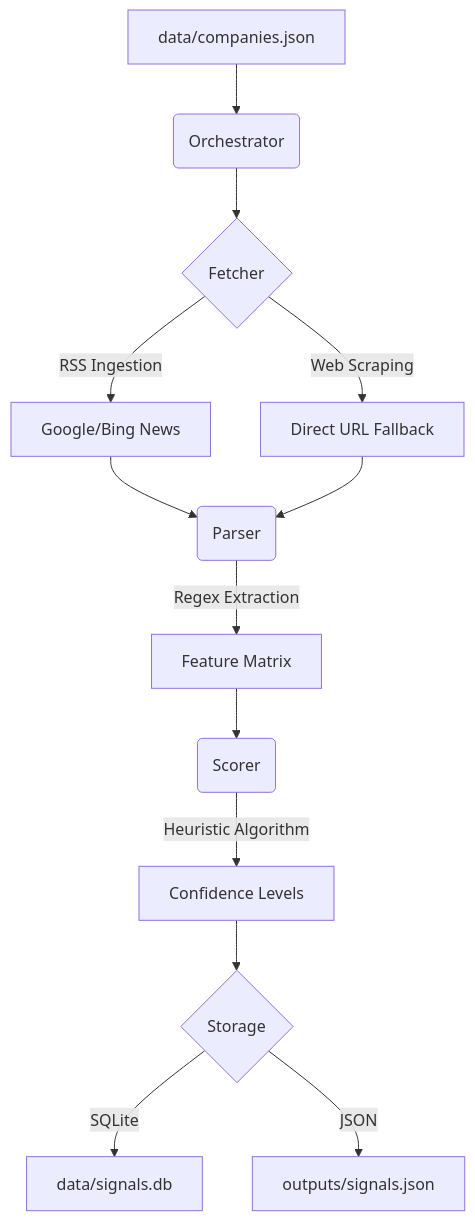
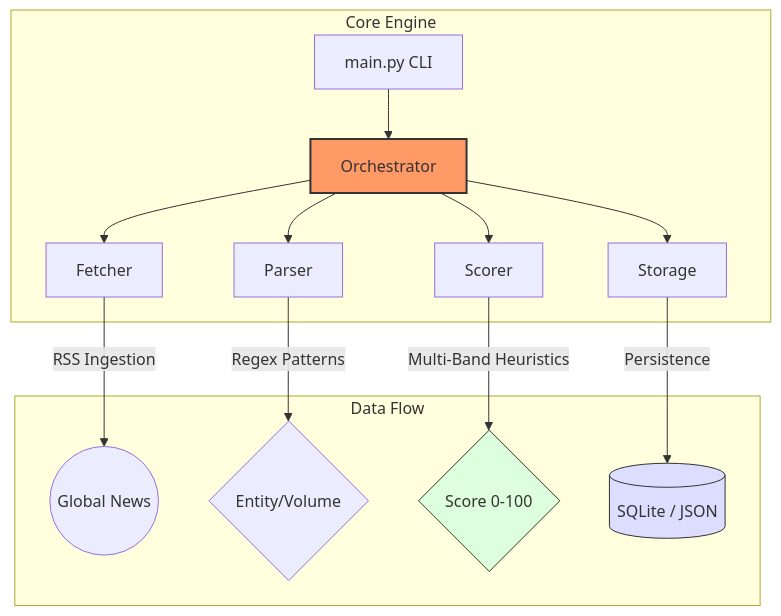
The diagram in README.md (Rov-er-ing/InterviewGod), drawn with Mermaid before and after one commit. The commit also changed other lines of this file, not shown here.

Commit message:
Docs: Update README with high-performance structure, architecture diagram, and Vikaas.ai value proposition

````diff
--- a/README.md
+++ b/README.md
@@ -22,14 +14,21 @@
 ```mermaid
 graph TD
-    A[data/companies.json] --> B(Orchestrator)
-    B --> C{Fetcher}
-    C -->|RSS Ingestion| D[Google/Bing News]
-    C -->|Web Scraping| E[Direct URL Fallback]
-    D & E --> F(Parser)
-    F -->|Regex Extraction| G[Feature Matrix]
-    G --> H(Scorer)
-    H -->|Heuristic Algorithm| I[Confidence Levels]
-    I --> J{Storage}
-    J -->|SQLite| K[data/signals.db]
-    J -->|JSON| L[outputs/signals.json]
+    subgraph "Core Engine"
+        A[main.py CLI] --> B[Orchestrator]
+        B --> C[Fetcher]
+        B --> D[Parser]
+        B --> E[Scorer]
+        B --> F[Storage]
+    end
+
+    subgraph "Data Flow"
+        C -- RSS Ingestion --> G((Global News))
+        D -- Regex Patterns --> H{Entity/Volume}
+        E -- Multi-Band Heuristics --> I{Score 0-100}
+        F -- Persistence --> J[(SQLite / JSON)]
+    end
+
+    style B fill:#f96,stroke:#333,stroke-width:2px
+    style I fill:#dfd,stroke:#333
+    style J fill:#ddf,stroke:#333
 ```
````
